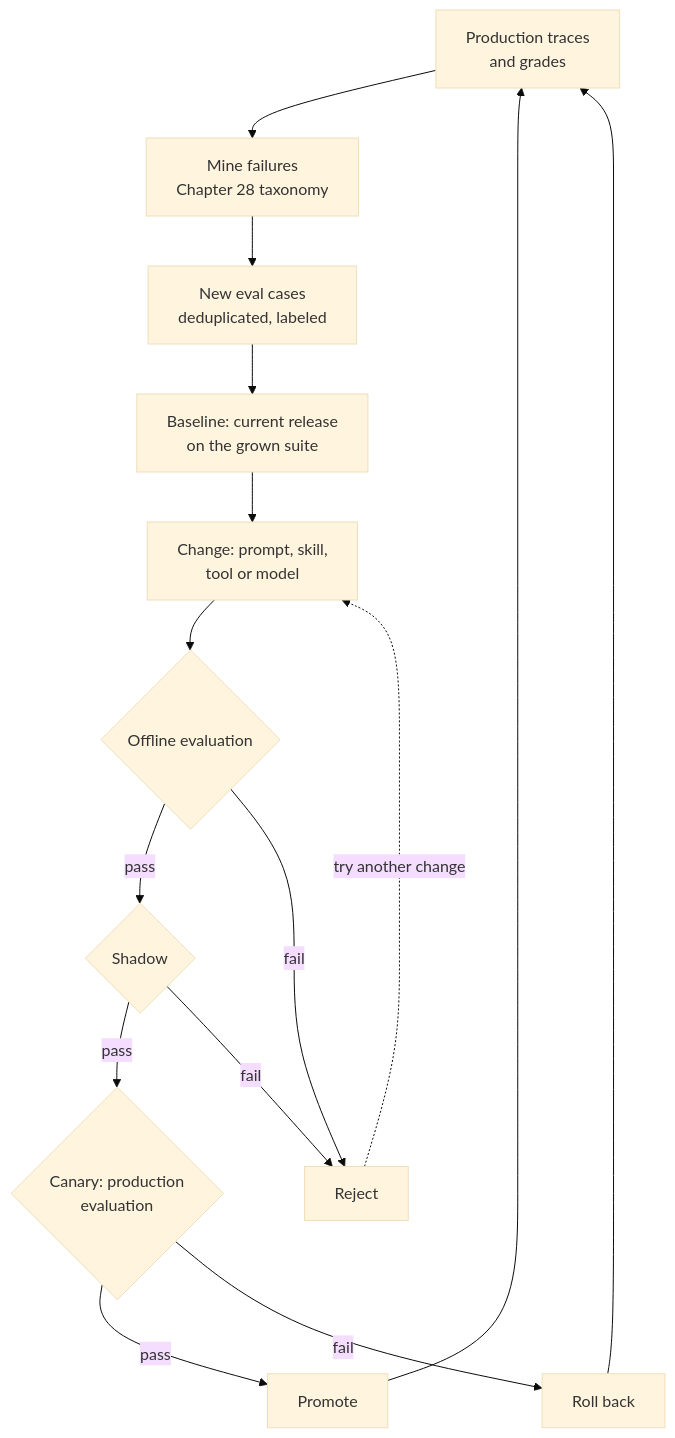
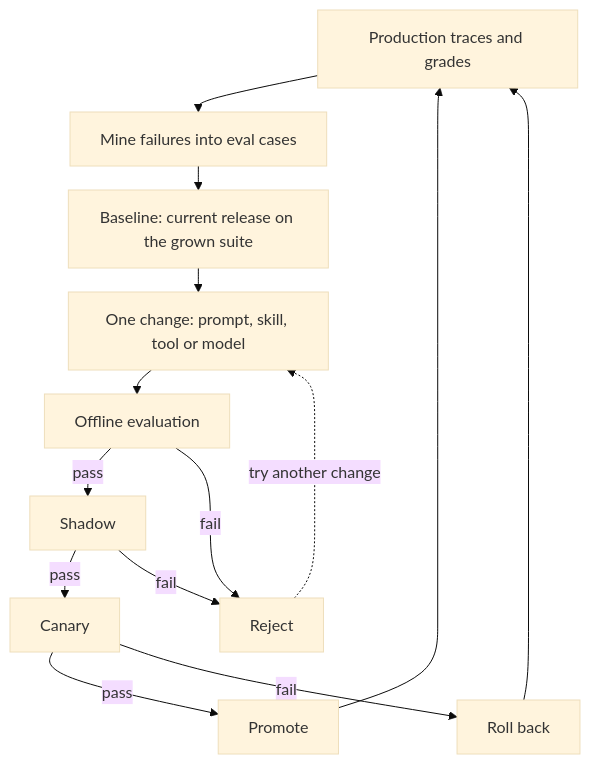
One commit to sbittla/building-agentic-ai changed the diagram in course/md/30.md. Above: the diagram before and after it, drawn with Mermaid (base theme). The commit also changed 17 other files, not shown here.

````diff
--- a/course/md/30.md
+++ b/course/md/30.md
@@ -397,17 +397,17 @@
 ```mermaid
+%%{init: {"flowchart": {"rankSpacing": 24, "nodeSpacing": 40}}}%%
 flowchart TB
-  A[Production traces<br>and grades] --> B[Mine failures<br>Chapter 28 taxonomy]
-  B --> C[New eval cases<br>deduplicated, labeled]
-  C --> D[Baseline: current release<br>on the grown suite]
-  D --> E[Change: prompt, skill,<br>tool or model]
-  E --> F{Offline evaluation}
-  F -->|pass| G{Shadow}
-  G -->|pass| H{Canary: production<br>evaluation}
+  A[Production traces and grades] --> B[Mine failures into eval cases]
+  B --> D[Baseline: current release on the grown suite]
+  D --> E[One change: prompt, skill, tool or model]
+  E --> F[Offline evaluation]
+  F -->|pass| G[Shadow]
+  G -->|pass| H[Canary]
   H -->|pass| I[Promote]
   F -->|fail| X[Reject]
   G -->|fail| X
   H -->|fail| R[Roll back]
+  X -.->|try another change| E
   I --> A
   R --> A
-  X -.->|try another change| E
 ```
````
